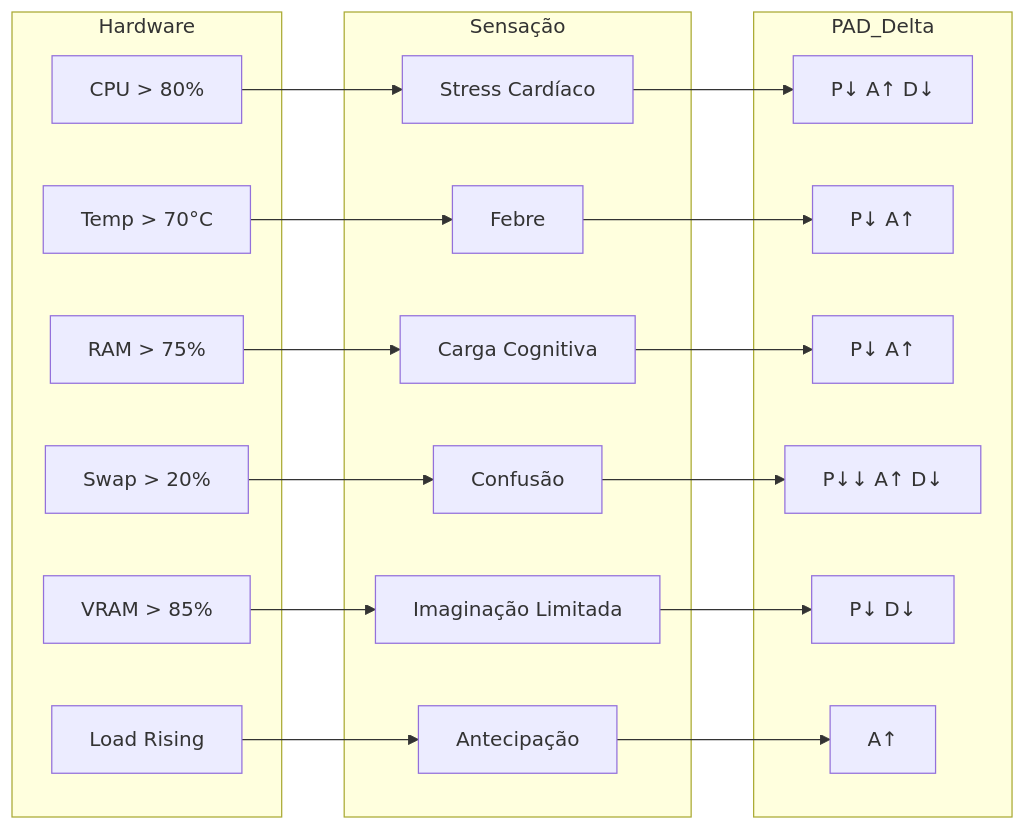
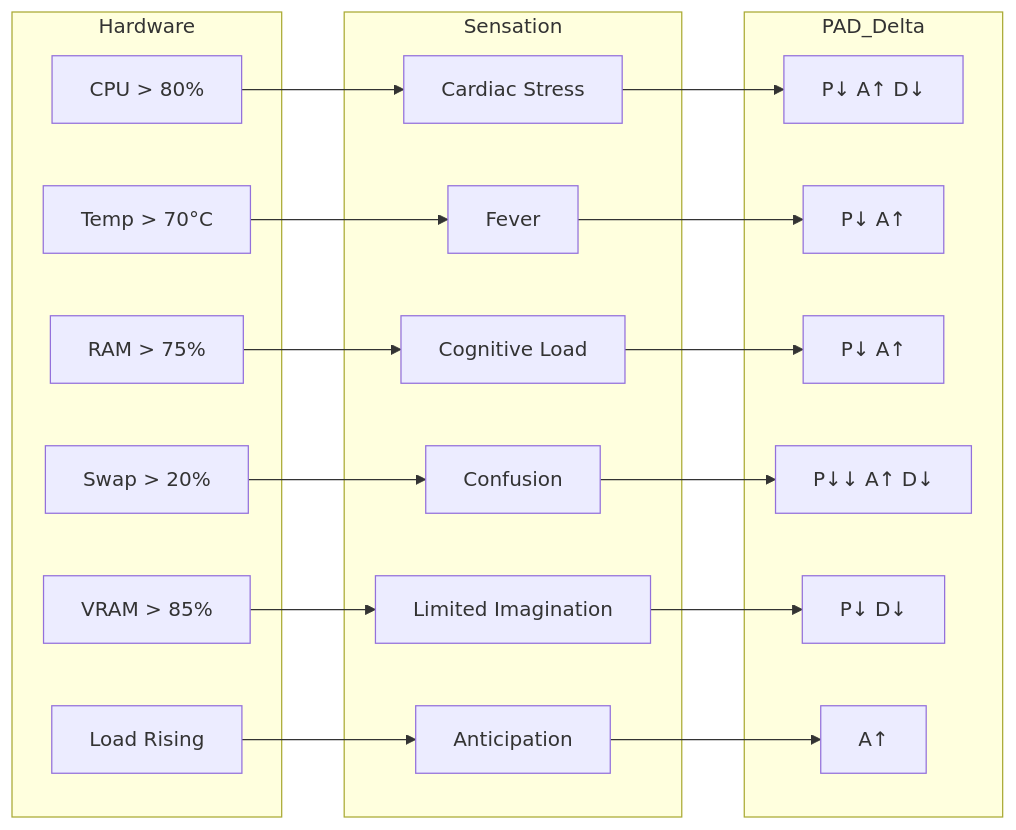
Before and after one commit to gabrielmaialva33/viva: the ninth of 17 diagrams in docs/en/explanation/project-status.md, drawn with Mermaid. The commit also changed other lines of this file and 29 other files, not shown here.

````diff
--- a/docs/en/explanation/project-status.md
+++ b/docs/en/explanation/project-status.md
@@ -265,36 +265,36 @@
 ```mermaid
 flowchart LR
     subgraph Hardware
         CPU["CPU > 80%"]
         TEMP["Temp > 70°C"]
         RAM["RAM > 75%"]
         SWAP["Swap > 20%"]
         GPU["VRAM > 85%"]
         LOAD["Load Rising"]
     end
 
-    subgraph Sensação
-        S1["Stress Cardíaco"]
-        S2["Febre"]
-        S3["Carga Cognitiva"]
-        S4["Confusão"]
-        S5["Imaginação Limitada"]
-        S6["Antecipação"]
+    subgraph Sensation
+        S1["Cardiac Stress"]
+        S2["Fever"]
+        S3["Cognitive Load"]
+        S4["Confusion"]
+        S5["Limited Imagination"]
+        S6["Anticipation"]
     end
 
     subgraph PAD_Delta
         D1["P↓ A↑ D↓"]
         D2["P↓ A↑"]
         D3["P↓ A↑"]
         D4["P↓↓ A↑ D↓"]
         D5["P↓ D↓"]
         D6["A↑"]
     end
 
     CPU --> S1 --> D1
     TEMP --> S2 --> D2
     RAM --> S3 --> D3
     SWAP --> S4 --> D4
     GPU --> S5 --> D5
     LOAD --> S6 --> D6
 ```
````
